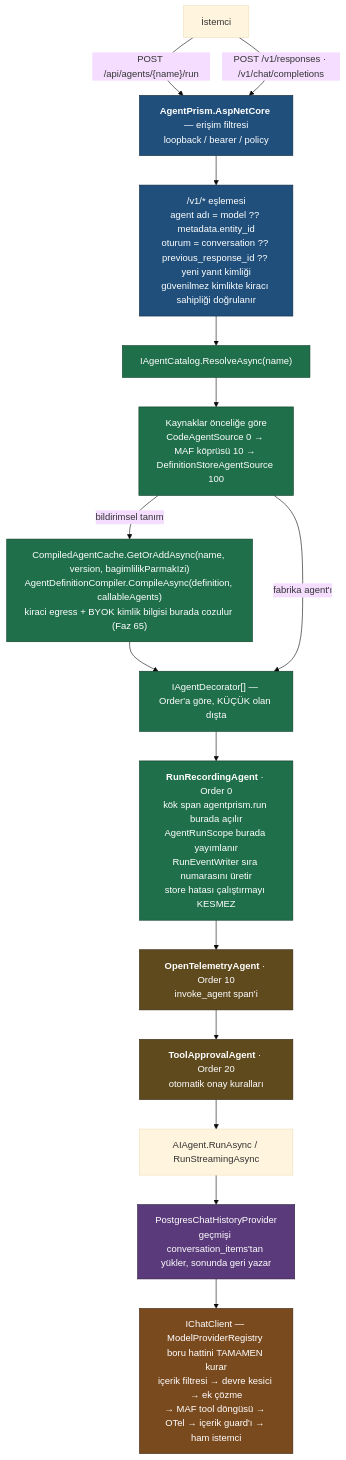
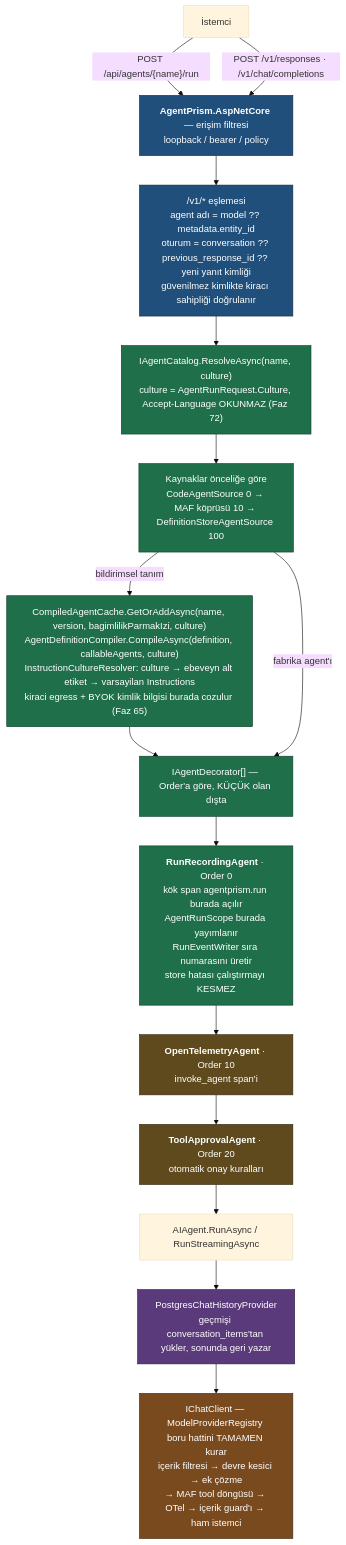
The third of 9 diagrams in docs/MIMARI.md (farukatasoy/Tracon), drawn with Mermaid (base theme) before and after one commit. The commit also changed 89 other files, not shown here.

````diff
--- a/docs/MIMARI.md
+++ b/docs/MIMARI.md
@@ -226,35 +226,35 @@
 ```mermaid
 flowchart TD
     C["İstemci"]
     H["<b>AgentPrism.AspNetCore</b> — erişim filtresi<br/>loopback / bearer / policy"]
     V1["/v1/* eşlemesi<br/>agent adı = model ?? metadata.entity_id<br/>oturum = conversation ?? previous_response_id ?? yeni yanıt kimliği<br/>güvenilmez kimlikte kiracı sahipliği doğrulanır"]
-    R["IAgentCatalog.ResolveAsync(name)"]
+    R["IAgentCatalog.ResolveAsync(name, culture)<br/>culture = AgentRunRequest.Culture, Accept-Language OKUNMAZ (Faz 72)"]
     SRC["Kaynaklar önceliğe göre<br/>CodeAgentSource 0 → MAF köprüsü 10 → DefinitionStoreAgentSource 100"]
-    COMP["CompiledAgentCache.GetOrAddAsync(name, version, bagimlilikParmakIzi)<br/>AgentDefinitionCompiler.CompileAsync(definition, callableAgents)<br/>kiraci egress + BYOK kimlik bilgisi burada cozulur (Faz 65)"]
+    COMP["CompiledAgentCache.GetOrAddAsync(name, version, bagimlilikParmakIzi, culture)<br/>AgentDefinitionCompiler.CompileAsync(definition, callableAgents, culture)<br/>InstructionCultureResolver: culture → ebeveyn alt etiket → varsayilan Instructions<br/>kiraci egress + BYOK kimlik bilgisi burada cozulur (Faz 65)"]
     DEC["IAgentDecorator[] — Order'a göre, KÜÇÜK olan dışta"]
     REC["<b>RunRecordingAgent</b> · Order 0<br/>kök span agentprism.run burada açılır<br/>AgentRunScope burada yayımlanır<br/>RunEventWriter sıra numarasını üretir<br/>store hatası çalıştırmayı KESMEZ"]
     OTEL["<b>OpenTelemetryAgent</b> · Order 10<br/>invoke_agent span'i"]
     APR["<b>ToolApprovalAgent</b> · Order 20<br/>otomatik onay kuralları"]
     RUN["AIAgent.RunAsync / RunStreamingAsync"]
     CHP["PostgresChatHistoryProvider<br/>geçmişi conversation_items'tan yükler, sonunda geri yazar"]
     LLM["IChatClient — ModelProviderRegistry boru hattini TAMAMEN kurar<br/>içerik filtresi → devre kesici → ek çözme<br/>→ MAF tool döngüsü → OTel → içerik guard'ı → ham istemci"]
 
     C -->|"POST /api/agents/{name}/run"| H
     C -->|"POST /v1/responses · /v1/chat/completions"| H
     H --> V1 --> R --> SRC
     SRC -->|"bildirimsel tanım"| COMP --> DEC
     SRC -->|"fabrika agent'ı"| DEC
     DEC --> REC --> OTEL --> APR --> RUN
     RUN --> CHP --> LLM
 
     classDef faz4 fill:#1f4f7a,stroke:#0d2740,color:#ffffff
     classDef faz1 fill:#1f6f4a,stroke:#0d3b27,color:#ffffff
     classDef faz2 fill:#5a3a7a,stroke:#2c1c3d,color:#ffffff
     classDef faz3 fill:#7a4a1f,stroke:#3d250f,color:#ffffff
     class H,V1 faz4
     classDef faz6 fill:#5f4a1e,stroke:#302510,color:#ffffff
     class R,SRC,COMP,DEC,REC faz1
     class CHP faz2
     class LLM faz3
     class OTEL,APR faz6
 ```
````
